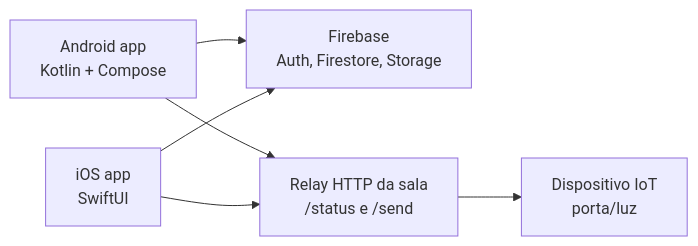
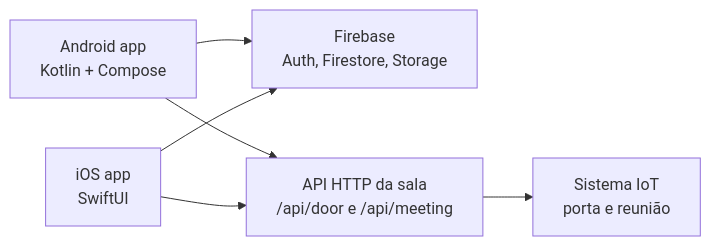
Before and after one commit to CSIEEEUFJF/AppRamo: the diagram in docs/arquitetura.md, drawn with Mermaid. The commit also changed other lines of this file and 16 other files, not shown here.

Commit message:
feat: integrate door meeting mode

````diff
--- a/docs/arquitetura.md
+++ b/docs/arquitetura.md
@@ -14,8 +14,8 @@
 ```mermaid
 flowchart LR
   Android["Android app\nKotlin + Compose"] --> Firebase["Firebase\nAuth, Firestore, Storage"]
   IOS["iOS app\nSwiftUI"] --> Firebase
-  Android --> Relay["Relay HTTP da sala\n/status e /send"]
+  Android --> Relay["API HTTP da sala\n/api/door e /api/meeting"]
   IOS --> Relay
-  Relay --> ESP["Dispositivo IoT\nporta/luz"]
+  Relay --> ESP["Sistema IoT\nporta e reunião"]
 ```
````
